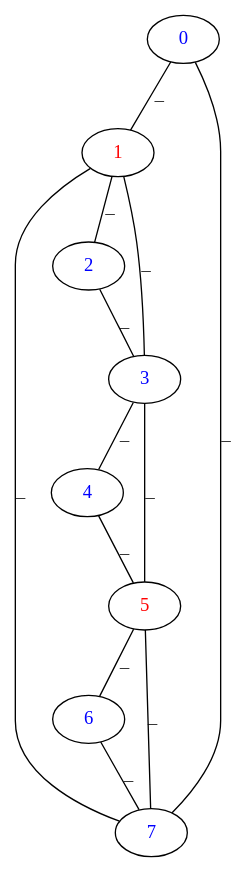
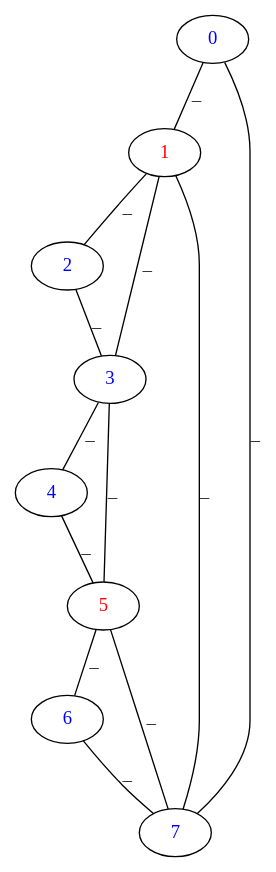
Before and after one commit to icfpc-dniwe/icfpc2017: the diagram in puntvis/puntvis/deploy/sample.txt-graphviz/1.dot, drawn with Graphviz. The commit also changed 58 other files, not shown here.

```diff
--- a/puntvis/puntvis/deploy/sample.txt-graphviz/1.dot
+++ b/puntvis/puntvis/deploy/sample.txt-graphviz/1.dot
@@ -1,22 +1,22 @@
 graph G {
-0 [fontcolor="#0000FFFF", label="4"];
-1 [fontcolor="#FF0000FF", label="1"];
-2 [fontcolor="#0000FFFF", label="3"];
-3 [fontcolor="#0000FFFF", label="6"];
-4 [fontcolor="#FF0000FF", label="5"];
-5 [fontcolor="#0000FFFF", label="0"];
-6 [fontcolor="#0000FFFF", label="7"];
-7 [fontcolor="#0000FFFF", label="2"];
-2 -- 0 [ label="_", fontname="Courier New",  fontsize=12];
-0 -- 4 [ label="_", fontname="Courier New",  fontsize=12];
-5 -- 1 [ label="_", fontname="Courier New",  fontsize=12];
-1 -- 2 [ label="_", fontname="Courier New",  fontsize=12];
-1 -- 6 [ label="_", fontname="Courier New",  fontsize=12];
-1 -- 7 [ label="_", fontname="Courier New",  fontsize=12];
-7 -- 2 [ label="_", fontname="Courier New",  fontsize=12];
-2 -- 4 [ label="_", fontname="Courier New",  fontsize=12];
-4 -- 3 [ label="_", fontname="Courier New",  fontsize=12];
-3 -- 6 [ label="_", fontname="Courier New",  fontsize=12];
-4 -- 6 [ label="_", fontname="Courier New",  fontsize=12];
-5 -- 6 [ label="_", fontname="Courier New",  fontsize=12];
+0 [fontcolor="#0000FFFF" label="0" pos="0,0!"];
+1 [fontcolor="#FF0000FF" label="1" pos="1,0!"];
+2 [fontcolor="#0000FFFF" label="2" pos="2,0!"];
+3 [fontcolor="#0000FFFF" label="3" pos="2,-1!"];
+4 [fontcolor="#0000FFFF" label="4" pos="2,-2!"];
+5 [fontcolor="#FF0000FF" label="5" pos="1,-2!"];
+6 [fontcolor="#0000FFFF" label="6" pos="0,-2!"];
+7 [fontcolor="#0000FFFF" label="7" pos="0,-1!"];
+3 -- 4 [fontname="Courier New" fontsize="12" label="_" color="#000000FF"];
+0 -- 1 [fontname="Courier New" fontsize="12" label="_" color="#000000FF"];
+2 -- 3 [fontname="Courier New" fontsize="12" label="_" color="#000000FF"];
+1 -- 3 [fontname="Courier New" fontsize="12" label="_" color="#000000FF"];
+5 -- 6 [fontname="Courier New" fontsize="12" label="_" color="#000000FF"];
+4 -- 5 [fontname="Courier New" fontsize="12" label="_" color="#000000FF"];
+3 -- 5 [fontname="Courier New" fontsize="12" label="_" color="#000000FF"];
+6 -- 7 [fontname="Courier New" fontsize="12" label="_" color="#000000FF"];
+5 -- 7 [fontname="Courier New" fontsize="12" label="_" color="#000000FF"];
+1 -- 7 [fontname="Courier New" fontsize="12" label="_" color="#000000FF"];
+0 -- 7 [fontname="Courier New" fontsize="12" label="_" color="#000000FF"];
+1 -- 2 [fontname="Courier New" fontsize="12" label="_" color="#000000FF"];
 }
```
